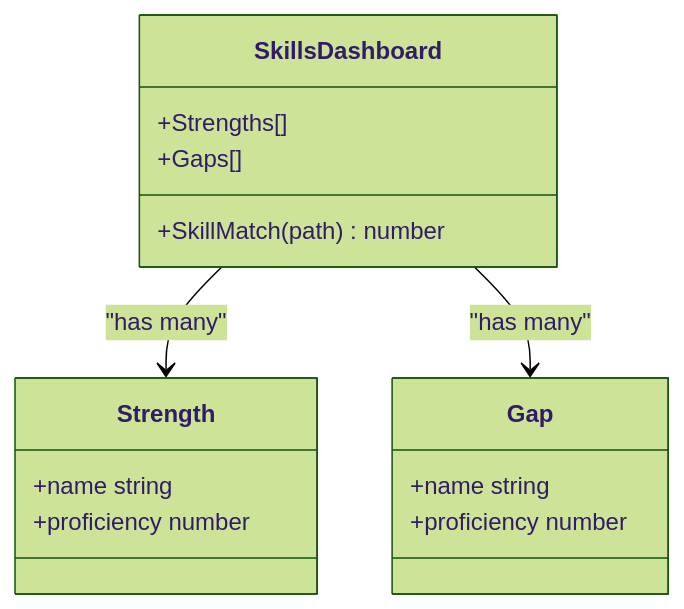
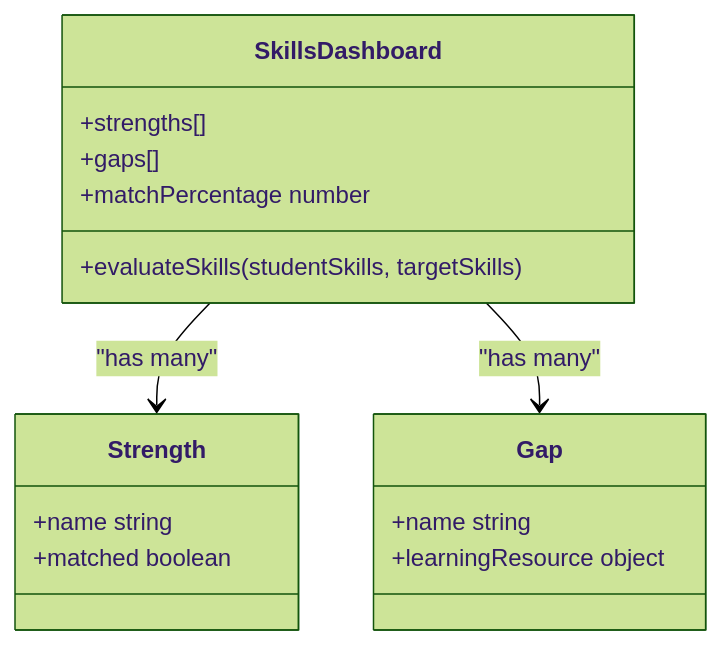
The sixth of 9 diagrams in .qoder/repowiki/en/content/Core Features/Core Features.md (Alishba-Moin/CareerCompass), drawn with Mermaid (forest theme) before and after one commit. The commit also changed other lines of this file and 38 other files, not shown here.

Commit message:
Add Roadmap pdf download option

````diff
--- a/.qoder/repowiki/en/content/Core Features/Core Features.md
+++ b/.qoder/repowiki/en/content/Core Features/Core Features.md
@@ -184,18 +218,19 @@
 ```mermaid
 classDiagram
 class SkillsDashboard {
-+Strengths[]
-+Gaps[]
-+SkillMatch(path) number
++strengths[]
++gaps[]
++matchPercentage number
++evaluateSkills(studentSkills, targetSkills)
 }
 class Strength {
 +name string
-+proficiency number
++matched boolean
 }
 class Gap {
 +name string
-+proficiency number
++learningResource object
 }
 SkillsDashboard --> Strength : "has many"
 SkillsDashboard --> Gap : "has many"
 ```
````
